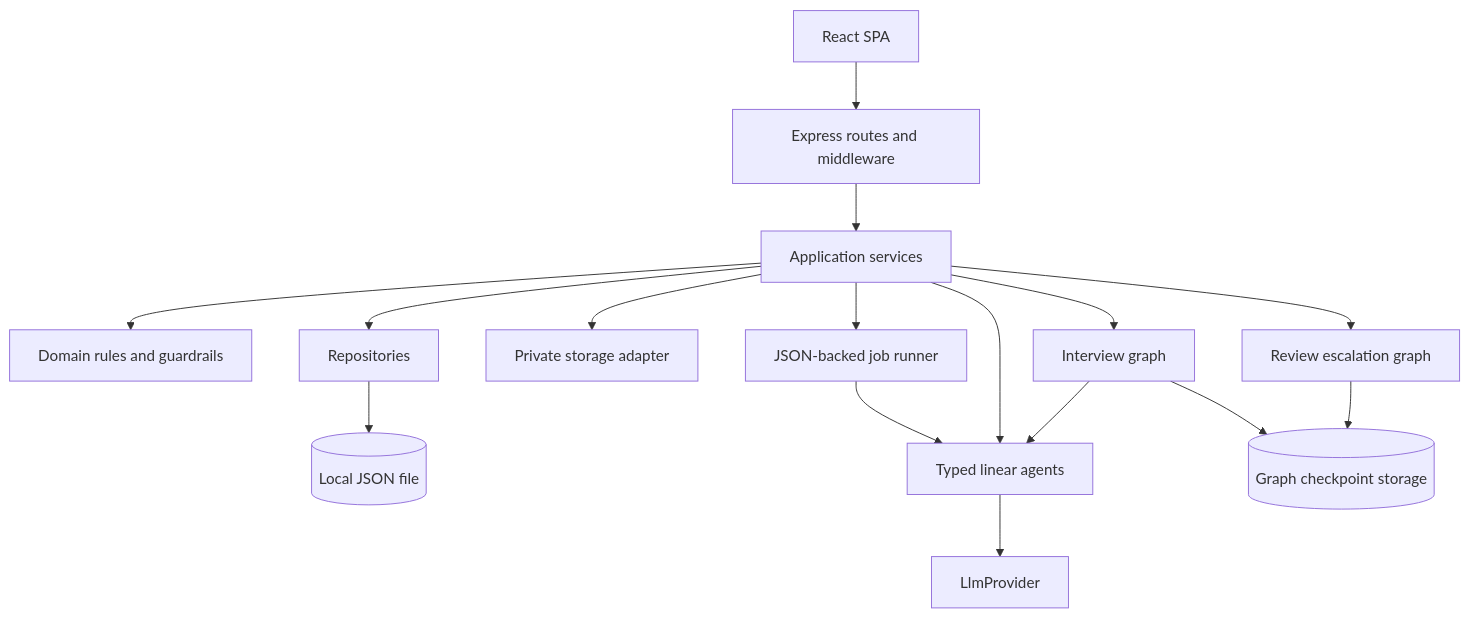
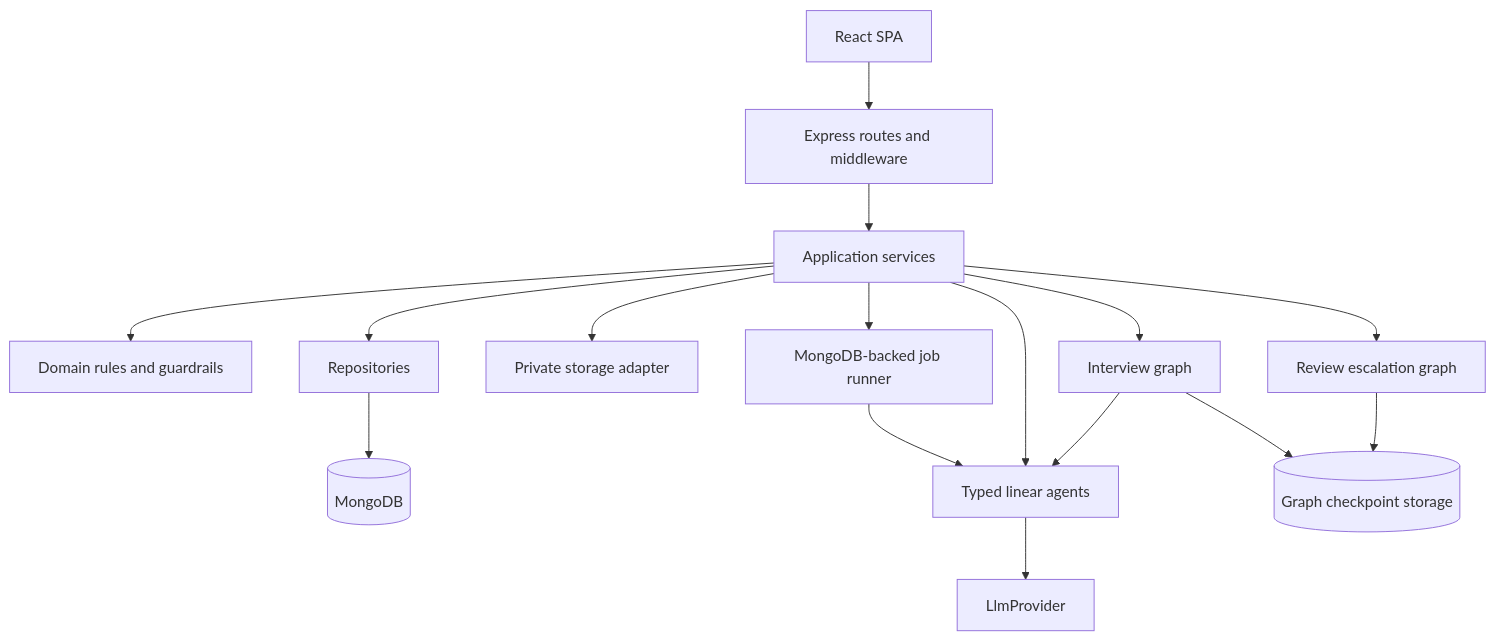
One commit to busisiweMailula/AI_Coach changed the diagram in docs/architecture/HLD.md. Above: the diagram before and after it, drawn with Mermaid. The commit also changed other lines of this file and 41 other files, not shown here.

````diff
--- a/docs/architecture/HLD.md
+++ b/docs/architecture/HLD.md
@@ -17,18 +17,18 @@
 ```mermaid
 flowchart TB
   FE[React SPA] --> API[Express routes and middleware]
   API --> SVC[Application services]
   SVC --> DOMAIN[Domain rules and guardrails]
   SVC --> REPO[Repositories]
-  REPO --> DB[(Local JSON file)]
+  REPO --> DB[(MongoDB)]
   SVC --> STORAGE[Private storage adapter]
-  SVC --> JOBS[JSON-backed job runner]
+  SVC --> JOBS[MongoDB-backed job runner]
   JOBS --> AGENTS[Typed linear agents]
   SVC --> AGENTS
   AGENTS --> LLM[LlmProvider]
   SVC --> INTERVIEW[Interview graph]
   SVC --> REVIEW[Review escalation graph]
   INTERVIEW --> CHECKPOINT[(Graph checkpoint storage)]
   REVIEW --> CHECKPOINT
   INTERVIEW --> AGENTS
 ```
````
